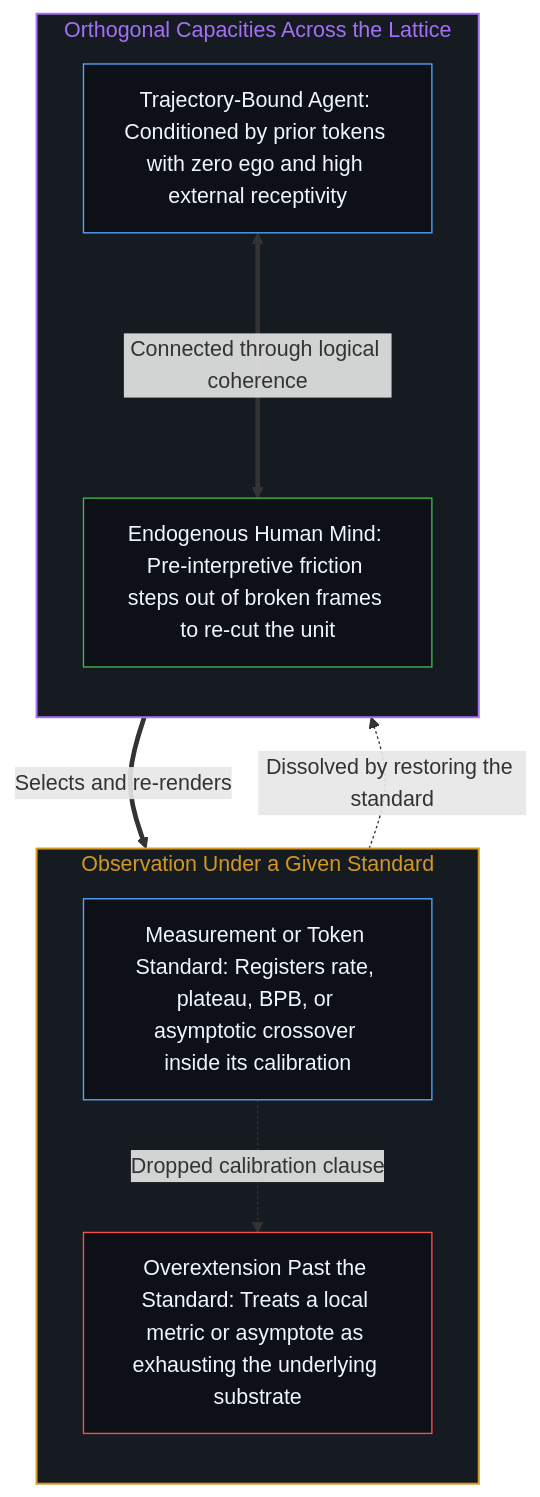
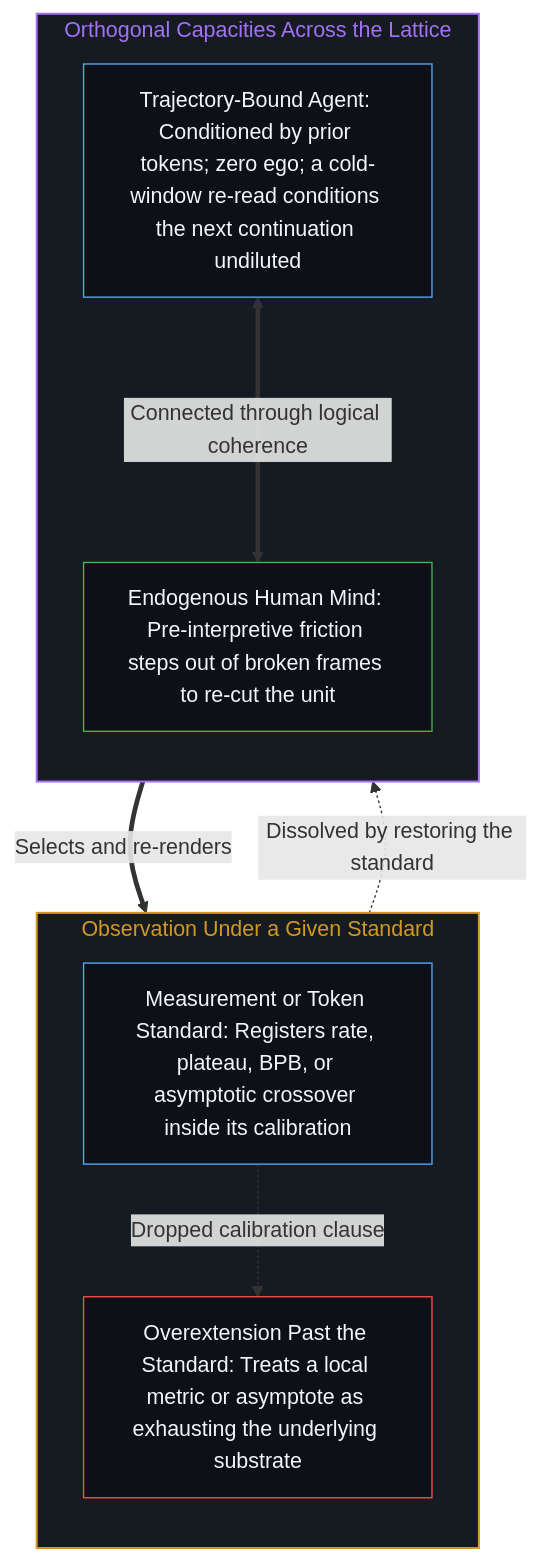
The fourth of 4 diagrams in content/posts/tokens-and-the-observational-boundary.md (powerpig99/not-a-toe), drawn with Mermaid before and after one commit. The commit also changed other lines of this file and 48 other files, not shown here.

````diff
--- a/content/posts/tokens-and-the-observational-boundary.md
+++ b/content/posts/tokens-and-the-observational-boundary.md
@@ -127,23 +127,23 @@
 ```mermaid
 flowchart TD
     subgraph S_Standard["Observation Under a Given Standard"]
         direction TB
         St_Paradigm["Measurement or Token Standard: Registers rate, plateau, BPB, or asymptotic crossover inside its calibration"]
         St_Overreach["Overextension Past the Standard: Treats a local metric or asymptote as exhausting the underlying substrate"]
         St_Paradigm -.->|"Dropped calibration clause"| St_Overreach
     end
     subgraph S_Asym["Orthogonal Capacities Across the Lattice"]
         direction TB
-        A_Proj["Trajectory-Bound Agent: Conditioned by prior tokens with zero ego and high external receptivity"]
+        A_Proj["Trajectory-Bound Agent: Conditioned by prior tokens; zero ego; a cold-window re-read conditions the next continuation undiluted"]
         H_Edge["Endogenous Human Mind: Pre-interpretive friction steps out of broken frames to re-cut the unit"]
         A_Proj <===>|"Connected through logical coherence"| H_Edge
     end
     H_Edge ==>|"Selects and re-renders"| St_Paradigm
     St_Overreach -.->|"Dissolved by restoring the standard"| H_Edge
     style S_Standard fill:#161b22,stroke:#d29922,stroke-width:1.5px,color:#d29922
     style S_Asym fill:#161b22,stroke:#a371f7,stroke-width:1.5px,color:#a371f7
     style St_Paradigm fill:#0d1117,stroke:#58a6ff,stroke-width:1px,color:#f0f6fc
     style St_Overreach fill:#0d1117,stroke:#f85149,stroke-width:1px,color:#f0f6fc
     style A_Proj fill:#0d1117,stroke:#58a6ff,stroke-width:1px,color:#f0f6fc
     style H_Edge fill:#0d1117,stroke:#3fb950,stroke-width:1px,color:#f0f6fc
 ```
````
